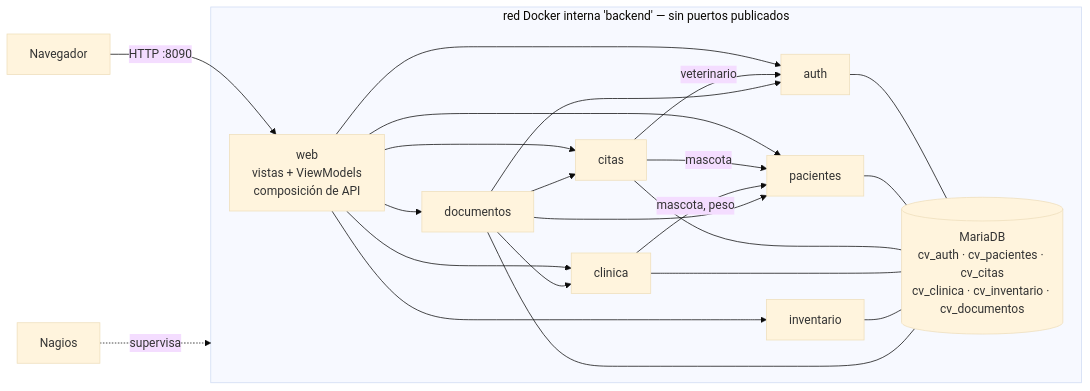
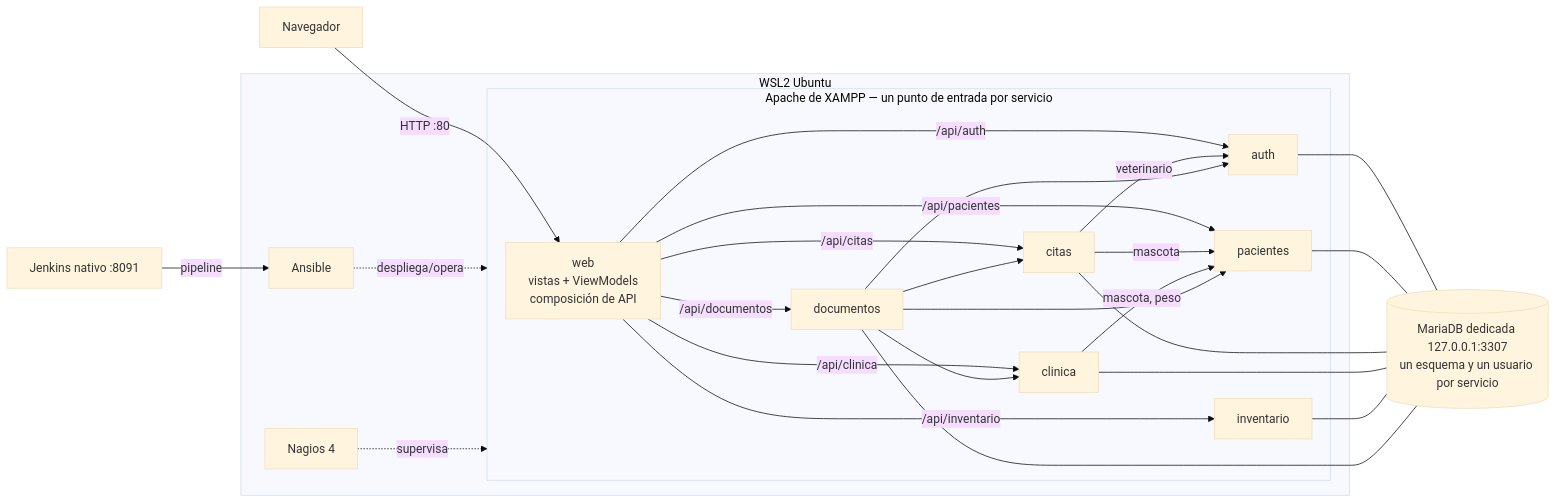
Before and after one commit to santiagoandresgonzalezlopez-sys/controlvet: the diagram in docs/arquitectura.md, drawn with Mermaid (base theme). The commit also changed other lines of this file and 64 other files, not shown here.

First line of the commit message:
refactor!: retirar Docker; Jenkins nativo, Ansible y Nagios en WSL2

````diff
--- a/docs/arquitectura.md
+++ b/docs/arquitectura.md
@@ -11,23 +13,22 @@
 ```mermaid
 flowchart LR
-    U[Navegador] -->|HTTP :8090| WEB[web<br/>vistas + ViewModels<br/>composición de API]
-    subgraph backend [red Docker interna 'backend' — sin puertos publicados]
-        WEB --> AUTH[auth]
-        WEB --> PAC[pacientes]
-        WEB --> CIT[citas]
-        WEB --> CLI[clinica]
-        WEB --> INV[inventario]
-        WEB --> DOC[documentos]
+    U[Navegador] -->|HTTP :80| WEB[web<br/>vistas + ViewModels<br/>composición de API]
+    subgraph apache [Apache de XAMPP — un punto de entrada por servicio]
+        WEB -->|/api/auth| AUTH[auth]
+        WEB -->|/api/pacientes| PAC[pacientes]
+        WEB -->|/api/citas| CIT[citas]
+        WEB -->|/api/clinica| CLI[clinica]
+        WEB -->|/api/inventario| INV[inventario]
+        WEB -->|/api/documentos| DOC[documentos]
         CIT -->|mascota| PAC
         CIT -->|veterinario| AUTH
         CLI -->|mascota, peso| PAC
         DOC --> CIT & CLI & PAC & AUTH
-        AUTH --- DB[(MariaDB<br/>cv_auth · cv_pacientes · cv_citas<br/>cv_clinica · cv_inventario · cv_documentos)]
-        PAC --- DB
-        CIT --- DB
-        CLI --- DB
-        INV --- DB
-        DOC --- DB
     end
-    NAG[Nagios] -.supervisa.-> backend
+    AUTH & PAC & CIT & CLI & INV & DOC --- DB[(MariaDB dedicada 127.0.0.1:3307<br/>un esquema y un usuario por servicio)]
+    subgraph wsl [WSL2 Ubuntu]
+        ANS[Ansible] -.despliega/opera.-> apache
+        NAG[Nagios 4] -.supervisa.-> apache
+    end
+    JEN[Jenkins nativo :8091] -->|pipeline| ANS
 ```
````
